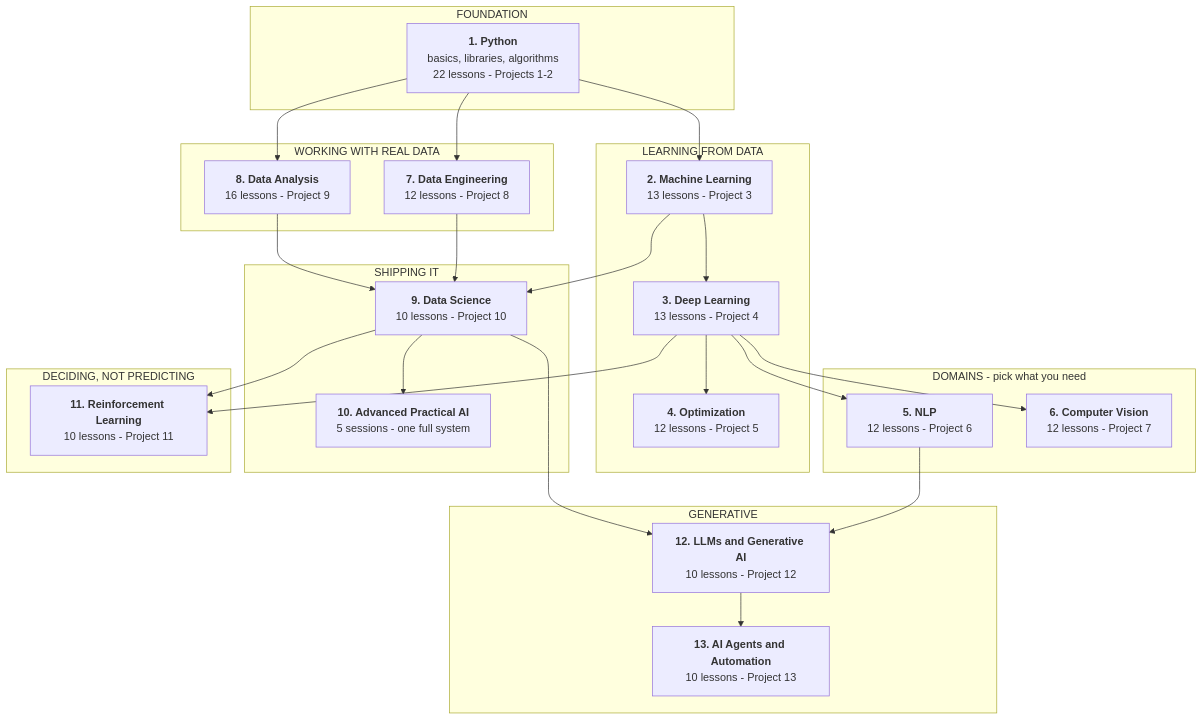
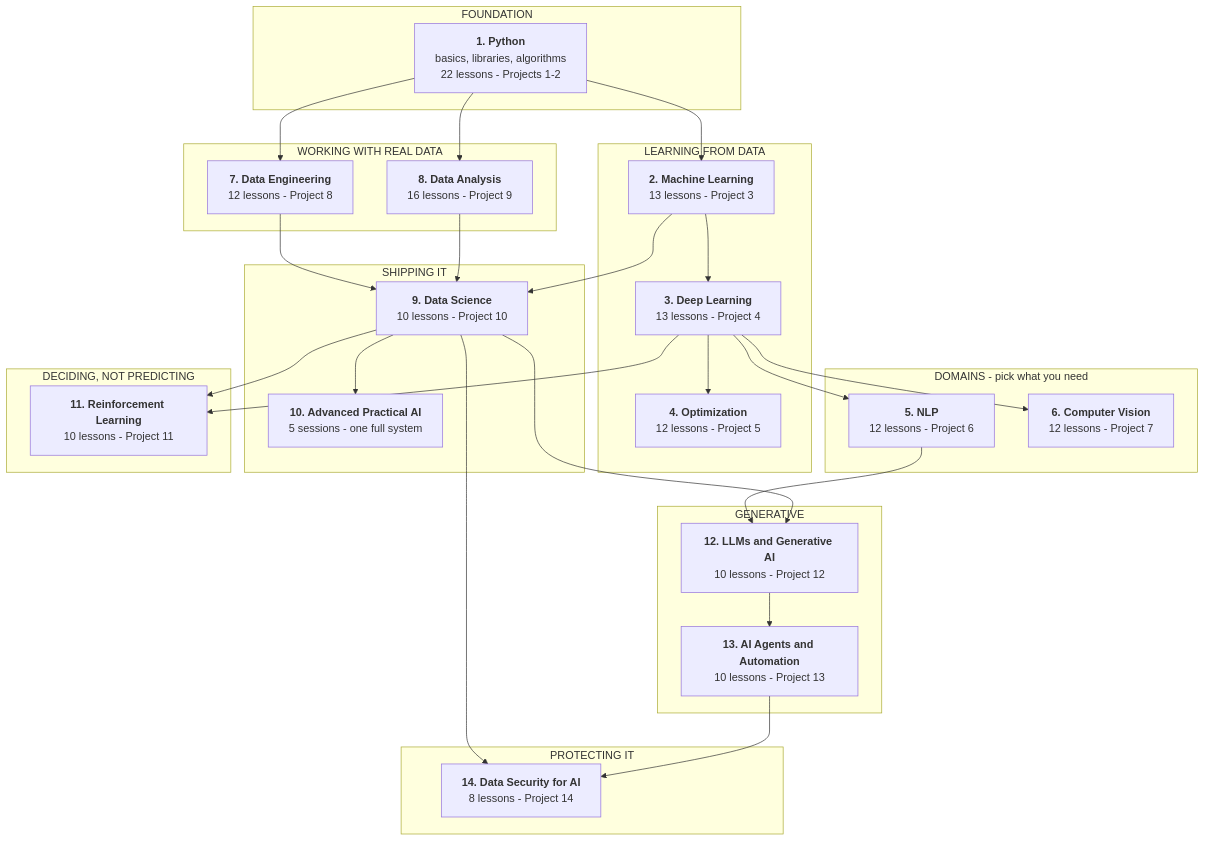
The diagram in README.md (Tayel-Ai-Labs-Courses/Advanced-AI), drawn with Mermaid before and after one commit. The commit also changed other lines of this file and 20 other files, not shown here.

First line of the commit message:
Add Data Security for AI course with Project 14

````diff
--- a/README.md
+++ b/README.md
@@ -14,45 +14,50 @@
 ```mermaid
 flowchart TD
     subgraph P0["FOUNDATION"]
         A["<b>1. Python</b><br/>basics, libraries, algorithms<br/>22 lessons - Projects 1-2"]
     end
     subgraph P1["LEARNING FROM DATA"]
         B["<b>2. Machine Learning</b><br/>13 lessons - Project 3"]
         C["<b>3. Deep Learning</b><br/>13 lessons - Project 4"]
         D["<b>4. Optimization</b><br/>12 lessons - Project 5"]
     end
     subgraph P2["DOMAINS - pick what you need"]
         E["<b>5. NLP</b><br/>12 lessons - Project 6"]
         F["<b>6. Computer Vision</b><br/>12 lessons - Project 7"]
     end
     subgraph P3["WORKING WITH REAL DATA"]
         G["<b>7. Data Engineering</b><br/>12 lessons - Project 8"]
         H["<b>8. Data Analysis</b><br/>16 lessons - Project 9"]
     end
     subgraph P4["SHIPPING IT"]
         I["<b>9. Data Science</b><br/>10 lessons - Project 10"]
         J["<b>10. Advanced Practical AI</b><br/>5 sessions - one full system"]
     end
     subgraph P5["DECIDING, NOT PREDICTING"]
         K["<b>11. Reinforcement Learning</b><br/>10 lessons - Project 11"]
     end
     subgraph P6["GENERATIVE"]
         L["<b>12. LLMs and Generative AI</b><br/>10 lessons - Project 12"]
         M["<b>13. AI Agents and Automation</b><br/>10 lessons - Project 13"]
     end
+    subgraph P7["PROTECTING IT"]
+        N["<b>14. Data Security for AI</b><br/>8 lessons - Project 14"]
+    end
 
     A --> B --> C --> D
     C --> E
     C --> F
     A --> G
     A --> H
     B --> I
     G --> I
     H --> I
     I --> J
     C --> K
     I --> K
     E --> L
     I --> L
     L --> M
+    I --> N
+    M --> N
 ```
````
